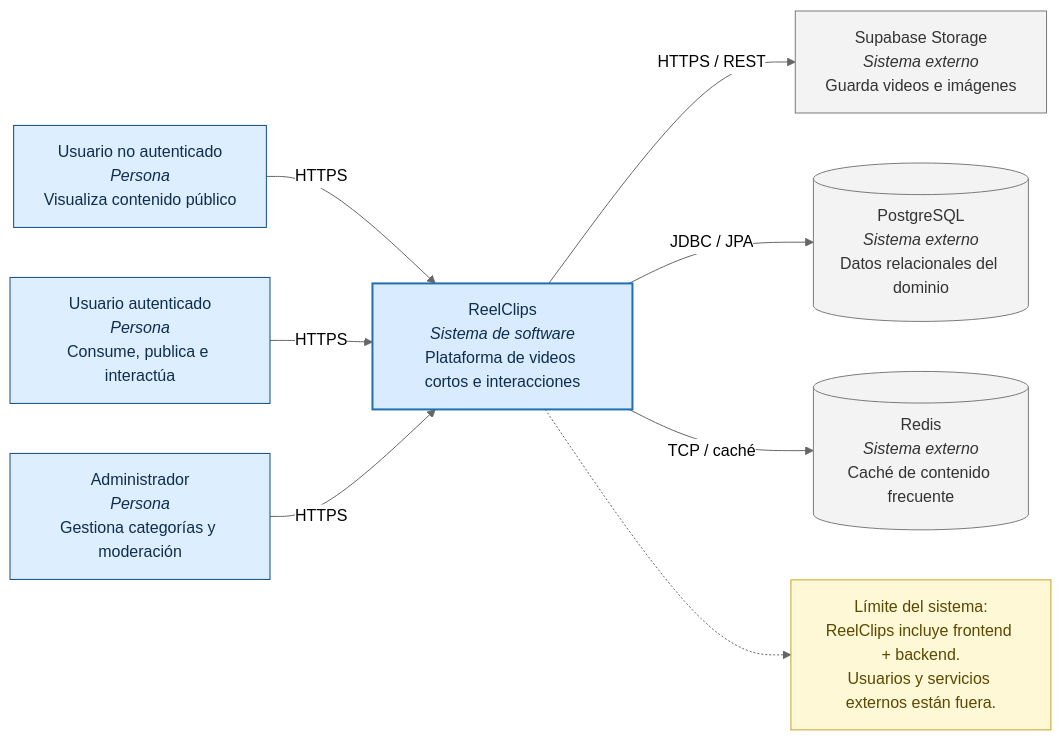
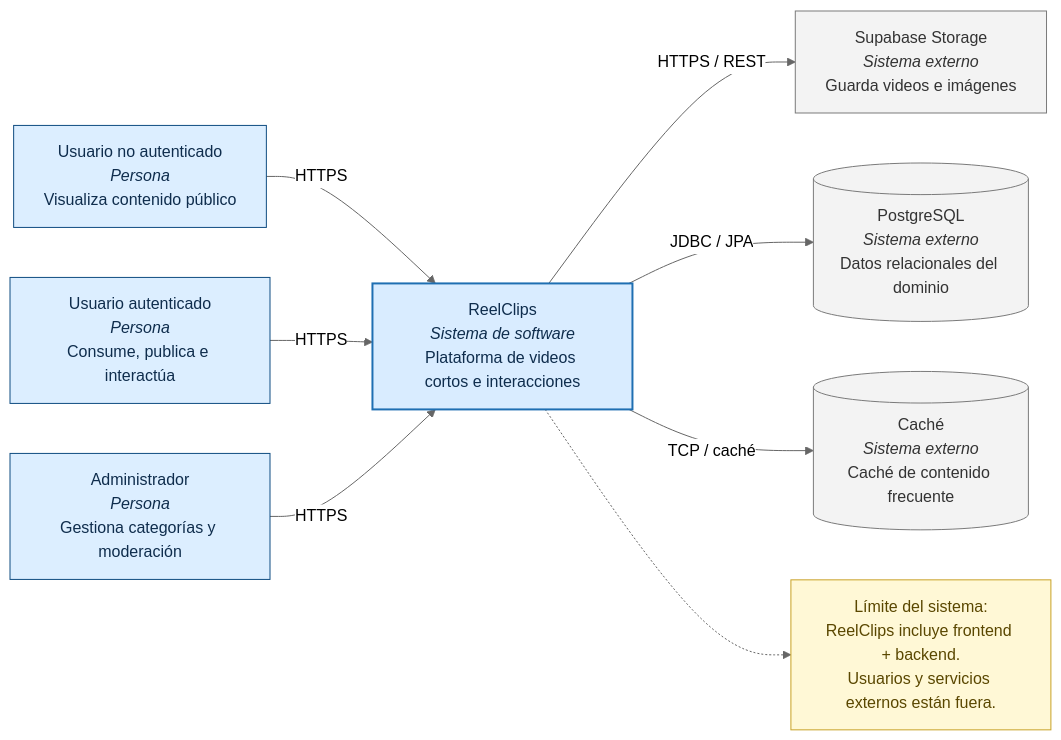
One commit to ReelClipsOrg/reelclips-backend changed the diagram in docs/arquitectura/c4_models/Nivel 1 Context.md. Above: the diagram before and after it, drawn with Mermaid (neutral theme). The commit also changed other lines of this file, not shown here.

Commit message:
Rename Redis to Caché in context documentation

````diff
--- a/docs/arquitectura/c4_models/Nivel 1 Context.md
+++ b/docs/arquitectura/c4_models/Nivel 1 Context.md
@@ -5,33 +5,33 @@
 ```mermaid
 flowchart LR
     %% =========================
     %% C4 Nivel 1 - CONTEXT
     %% ReelClips
     %% =========================
  
     classDef person fill:#dceeff,stroke:#0f4c81,stroke-width:1px,color:#0f2d4d;
     classDef system fill:#d9ecff,stroke:#1f6fb2,stroke-width:2px,color:#0f2d4d;
     classDef external fill:#f3f3f3,stroke:#7a7a7a,stroke-width:1px,color:#333;
     classDef note fill:#fff8d6,stroke:#c9a227,stroke-width:1px,color:#5a4700;
  
     U1[Usuario no autenticado<br/><i>Persona</i><br/>Visualiza contenido público]:::person
     U2[Usuario autenticado<br/><i>Persona</i><br/>Consume, publica e interactúa]:::person
     ADM[Administrador<br/><i>Persona</i><br/>Gestiona categorías y moderación]:::person
  
     RC[ReelClips<br/><i>Sistema de software</i><br/>Plataforma de videos cortos e interacciones]:::system
  
     SUPA[Supabase Storage<br/><i>Sistema externo</i><br/>Guarda videos e imágenes]:::external
     DB[(PostgreSQL<br/><i>Sistema externo</i><br/>Datos relacionales del dominio)]:::external
-    REDIS[(Redis<br/><i>Sistema externo</i><br/>Caché de contenido frecuente)]:::external
+    CACHÉ[(Caché<br/><i>Sistema externo</i><br/>Caché de contenido frecuente)]:::external
  
     U1 -->|HTTPS| RC
     U2 -->|HTTPS| RC
     ADM -->|HTTPS| RC
  
     RC -->|HTTPS / REST| SUPA
     RC -->|JDBC / JPA| DB
-    RC -->|TCP / caché| REDIS
+    RC -->|TCP / caché| CACHÉ
  
     note1["Límite del sistema:<br/>ReelClips incluye frontend + backend.<br/>Usuarios y servicios externos están fuera."]:::note
     RC -.-> note1
 ```
````
